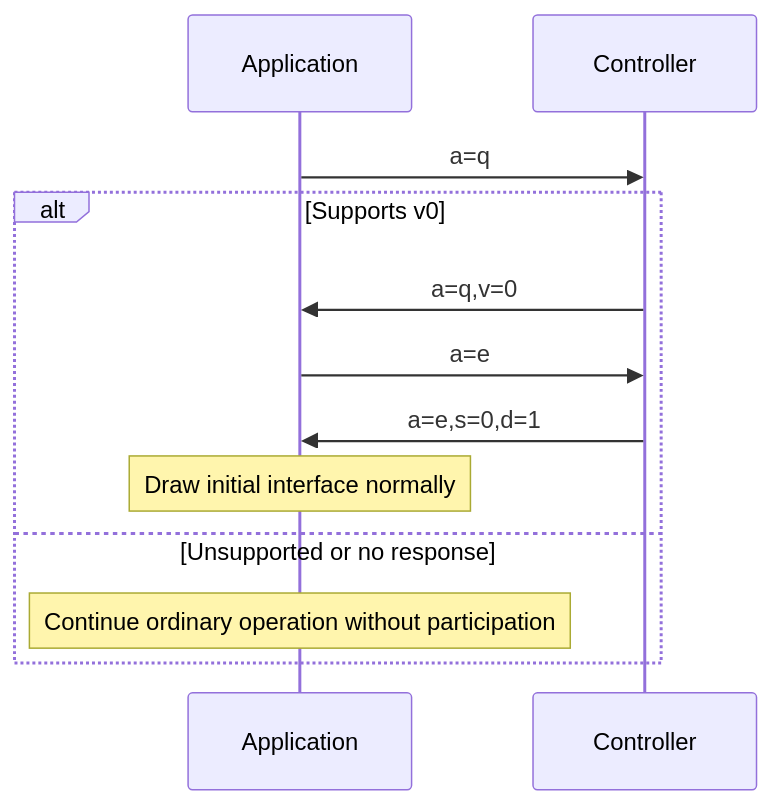
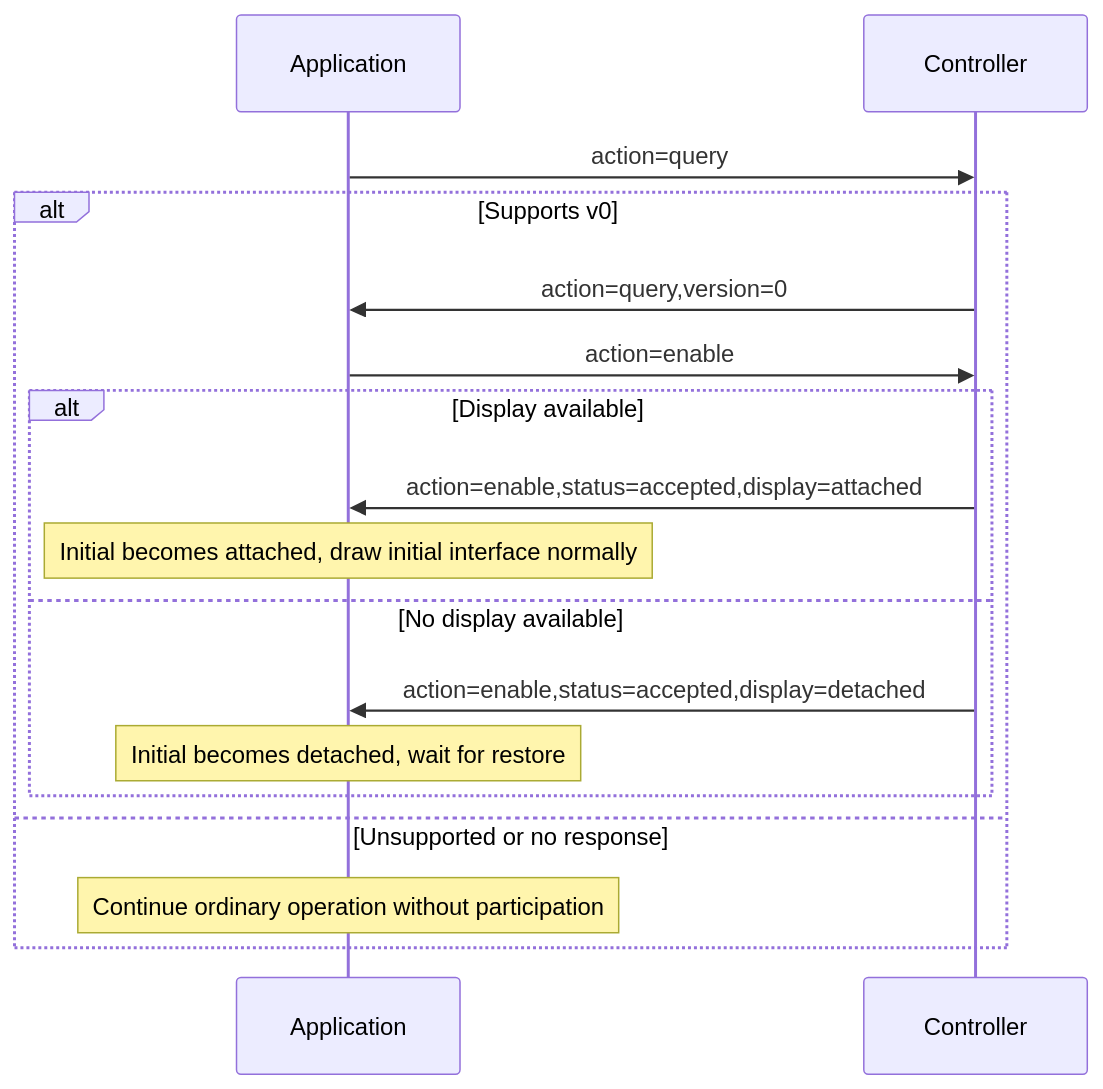
Before and after one commit to claes/kittyplex: the third of 7 diagrams in docs/terminal-recovery-protocol-spec.md, drawn with Mermaid. The commit also changed other lines of this file and 2 other files, not shown here.

Commit message:
Simplify state diagram etc

````diff
--- a/docs/terminal-recovery-protocol-spec.md
+++ b/docs/terminal-recovery-protocol-spec.md
@@ -149,14 +192,19 @@
 ```mermaid
 sequenceDiagram
     participant A as Application
     participant C as Controller
-    A->>C: a=q
+    A->>C: action=query
     alt Supports v0
-        C->>A: a=q,v=0
-        A->>C: a=e
-        C->>A: a=e,s=0,d=1
-        Note over A: Draw initial interface normally
+        C->>A: action=query,version=0
+        A->>C: action=enable
+        alt Display available
+            C->>A: action=enable,status=accepted,display=attached
+            Note over A: Initial becomes attached, draw initial interface normally
+        else No display available
+            C->>A: action=enable,status=accepted,display=detached
+            Note over A: Initial becomes detached, wait for restore
+        end
     else Unsupported or no response
         Note over A: Continue ordinary operation without participation
     end
 ```
````
